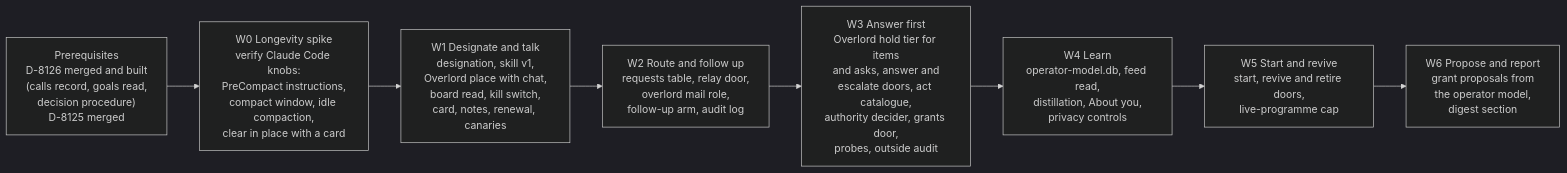
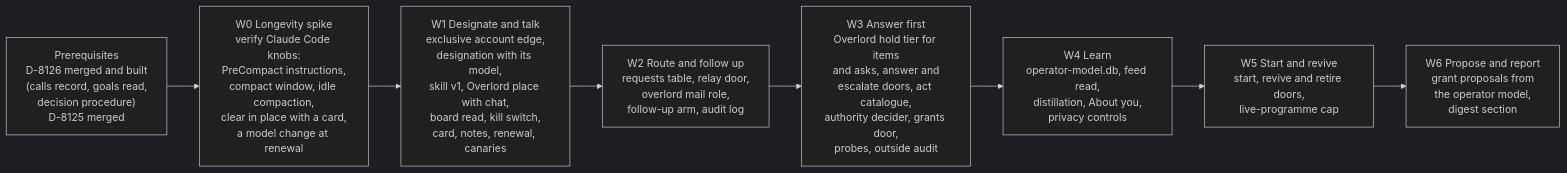
Before and after one commit to Synapsium-Labs/ccrc-pwa: the eighth of 8 diagrams in docs/superpowers/specs/2026-11-09-overlord-design.md, drawn with Mermaid (dark theme). The commit also changed other lines of this file, not shown here.

First line of the commit message:
docs(spec): the Overlord runs Fable on an account pool of its own

````diff
--- a/docs/superpowers/specs/2026-11-09-overlord-design.md
+++ b/docs/superpowers/specs/2026-11-09-overlord-design.md
@@ -1134,11 +1203,11 @@
 ```mermaid
 flowchart LR
   P0["Prerequisites<br/>D-8126 merged and built<br/>(calls record, goals read,<br/>decision procedure)<br/>D-8125 merged"] --> W0
-  W0["W0 Longevity spike<br/>verify Claude Code knobs:<br/>PreCompact instructions,<br/>compact window, idle compaction,<br/>clear in place with a card"] --> W1
-  W1["W1 Designate and talk<br/>designation, skill v1,<br/>Overlord place with chat,<br/>board read, kill switch,<br/>card, notes, renewal, canaries"] --> W2
+  W0["W0 Longevity spike<br/>verify Claude Code knobs:<br/>PreCompact instructions,<br/>compact window, idle compaction,<br/>clear in place with a card,<br/>a model change at renewal"] --> W1
+  W1["W1 Designate and talk<br/>exclusive account edge,<br/>designation with its model,<br/>skill v1, Overlord place with chat,<br/>board read, kill switch,<br/>card, notes, renewal, canaries"] --> W2
   W2["W2 Route and follow up<br/>requests table, relay door,<br/>overlord mail role,<br/>follow-up arm, audit log"] --> W3
   W3["W3 Answer first<br/>Overlord hold tier for items<br/>and asks, answer and<br/>escalate doors, act catalogue,<br/>authority decider, grants door,<br/>probes, outside audit"] --> W4
   W4["W4 Learn<br/>operator-model.db, feed read,<br/>distillation, About you,<br/>privacy controls"] --> W5
   W5["W5 Start and revive<br/>start, revive and retire doors,<br/>live-programme cap"] --> W6
   W6["W6 Propose and report<br/>grant proposals from<br/>the operator model,<br/>digest section"]
 ```
````
